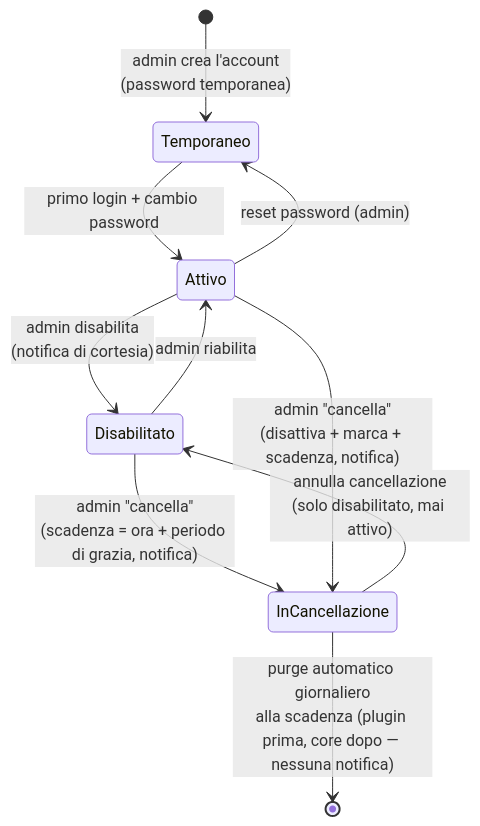
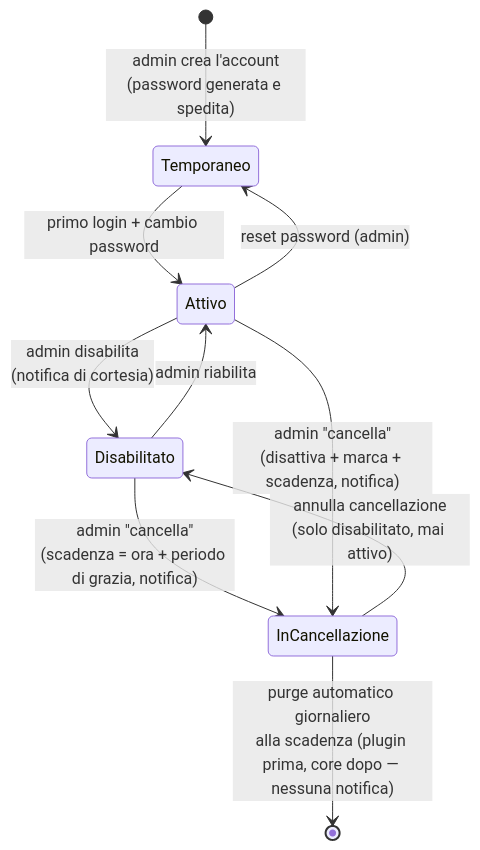
One commit to caporalesimone/watch-em-all changed the diagram in docs-ita/3-features/admin/user-management.md. Above: the diagram before and after it, drawn with Mermaid. The commit also changed other lines of this file and 27 other files, not shown here.

````diff
--- a/docs-ita/3-features/admin/user-management.md
+++ b/docs-ita/3-features/admin/user-management.md
@@ -26,12 +27,12 @@
 ```mermaid
 stateDiagram-v2
-    [*] --> Temporaneo: admin crea l'account<br/>(password temporanea)
+    [*] --> Temporaneo: admin crea l'account<br/>(password generata e spedita)
     Temporaneo --> Attivo: primo login + cambio password
     Attivo --> Temporaneo: reset password (admin)
     Attivo --> Disabilitato: admin disabilita<br/>(notifica di cortesia)
     Disabilitato --> Attivo: admin riabilita
     Disabilitato --> InCancellazione: admin "cancella"<br/>(scadenza = ora + periodo di grazia, notifica)
     Attivo --> InCancellazione: admin "cancella"<br/>(disattiva + marca + scadenza, notifica)
     InCancellazione --> Disabilitato: annulla cancellazione<br/>(solo disabilitato, mai attivo)
     InCancellazione --> [*]: purge automatico giornaliero<br/>alla scadenza (plugin prima, core dopo — nessuna notifica)
 ```
````
